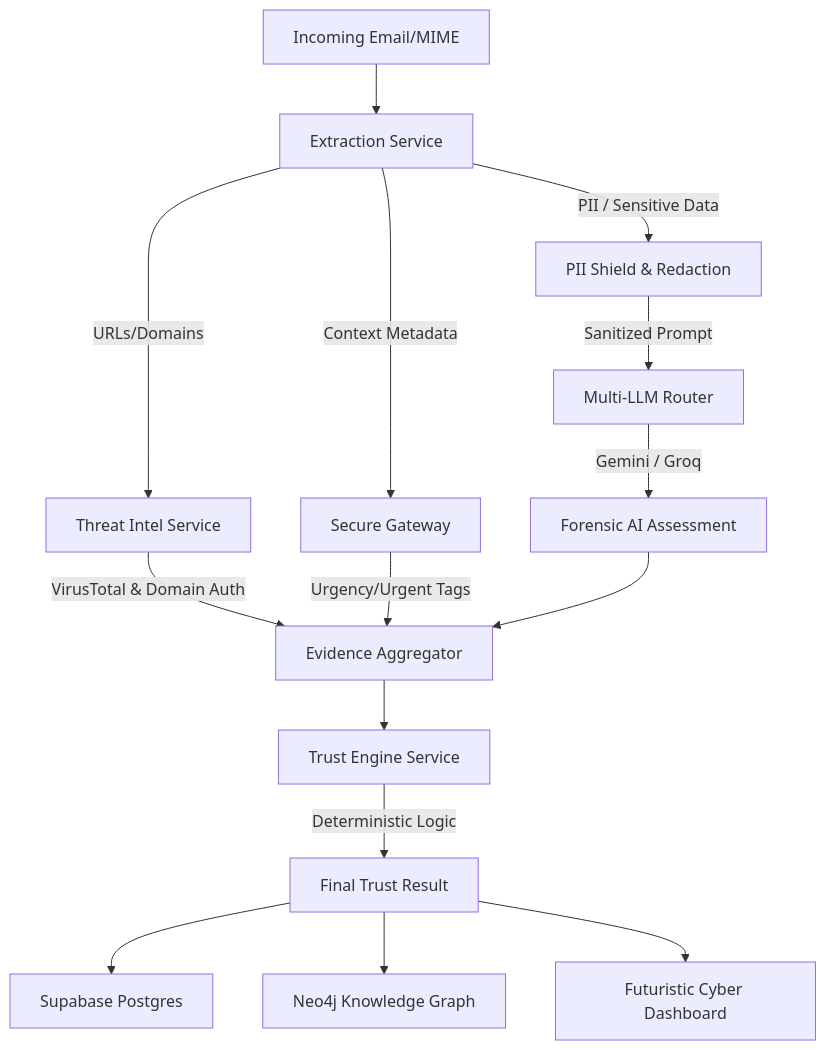
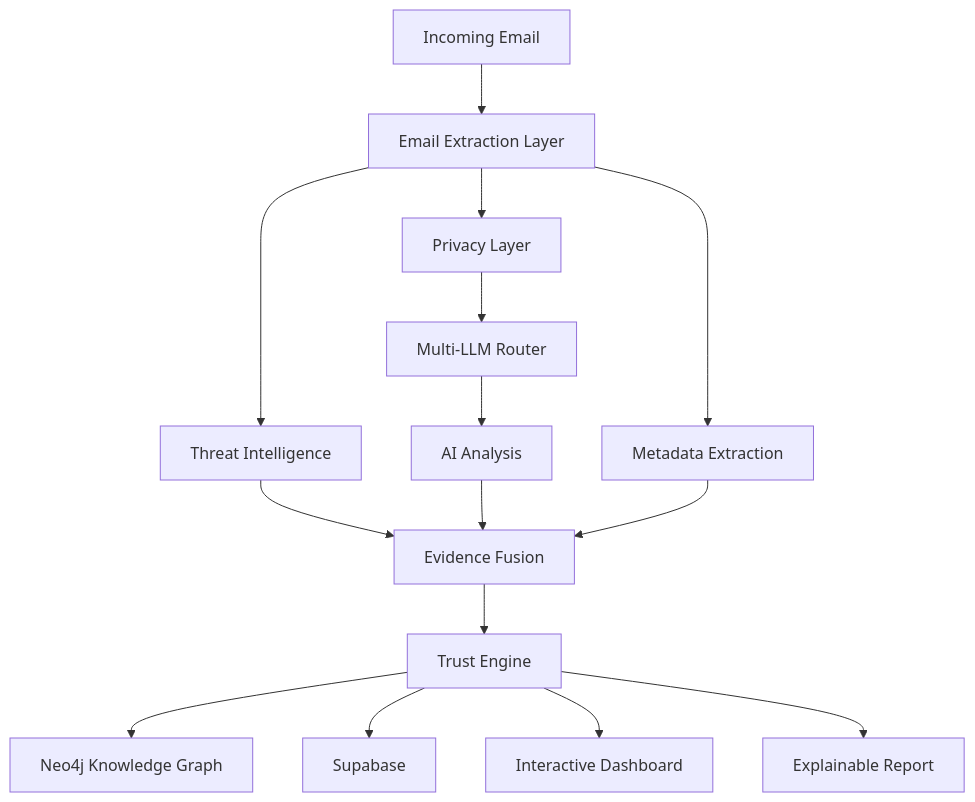
The diagram in README.md (Riddhii-2007/TrustGuardian-AI), drawn with Mermaid before and after one commit. The commit also changed other lines of this file, not shown here.

````diff
--- a/README.md
+++ b/README.md
@@ -13,21 +58,32 @@
 ```mermaid
 graph TD
-    A[Incoming Email/MIME] --> B[Extraction Service]
-    B -->|URLs/Domains| C[Threat Intel Service]
-    B -->|PII / Sensitive Data| D[PII Shield & Redaction]
-    B -->|Context Metadata| E[Secure Gateway]
-    
-    C -->|VirusTotal & Domain Auth| F[Evidence Aggregator]
-    D -->|Sanitized Prompt| G[Multi-LLM Router]
-    E -->|Urgency/Urgent Tags| F
-    
-    G -->|Gemini / Groq| H[Forensic AI Assessment]
-    H --> F
-    
-    F --> I[Trust Engine Service]
-    I -->|Deterministic Logic| J[Final Trust Result]
-    
-    J --> K[Supabase Postgres]
-    J --> L[Neo4j Knowledge Graph]
-    J --> M[Futuristic Cyber Dashboard]
+
+A[Incoming Email]
+-->B[Email Extraction Layer]
+
+B-->C[Threat Intelligence]
+
+B-->D[Privacy Layer]
+
+B-->E[Metadata Extraction]
+
+C-->F[Evidence Fusion]
+
+D-->G[Multi-LLM Router]
+
+G-->H[AI Analysis]
+
+H-->F
+
+E-->F
+
+F-->I[Trust Engine]
+
+I-->J[Neo4j Knowledge Graph]
+
+I-->K[Supabase]
+
+I-->L[Interactive Dashboard]
+
+I-->M[Explainable Report]
 ```
````
